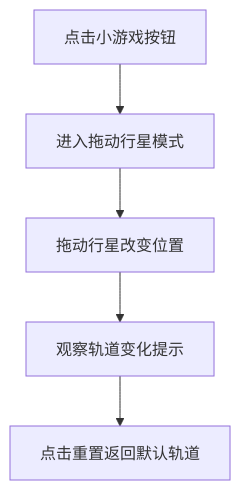
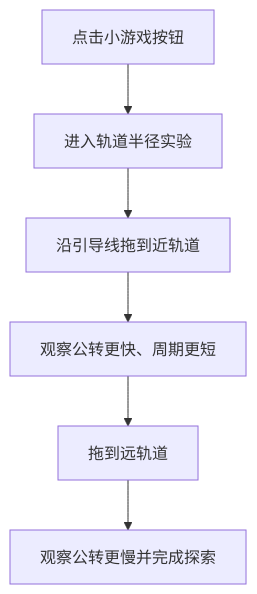
Before and after one commit to shf241/solarkids: the sixth of 7 diagrams in docs/用户操作流程图.md, drawn with Mermaid. The commit also changed other lines of this file and 15 other files, not shown here.

````diff
--- a/docs/用户操作流程图.md
+++ b/docs/用户操作流程图.md
@@ -102,7 +102,8 @@
 ```mermaid
 flowchart TD
-    A["点击小游戏按钮"] --> B["进入拖动行星模式"]
-    B --> C["拖动行星改变位置"]
-    C --> D["观察轨道变化提示"]
-    D --> E["点击重置返回默认轨道"]
+    A["点击小游戏按钮"] --> B["进入轨道半径实验"]
+    B --> C["沿引导线拖到近轨道"]
+    C --> D["观察公转更快、周期更短"]
+    D --> E["拖到远轨道"]
+    E --> F["观察公转更慢并完成探索"]
 ```
````
